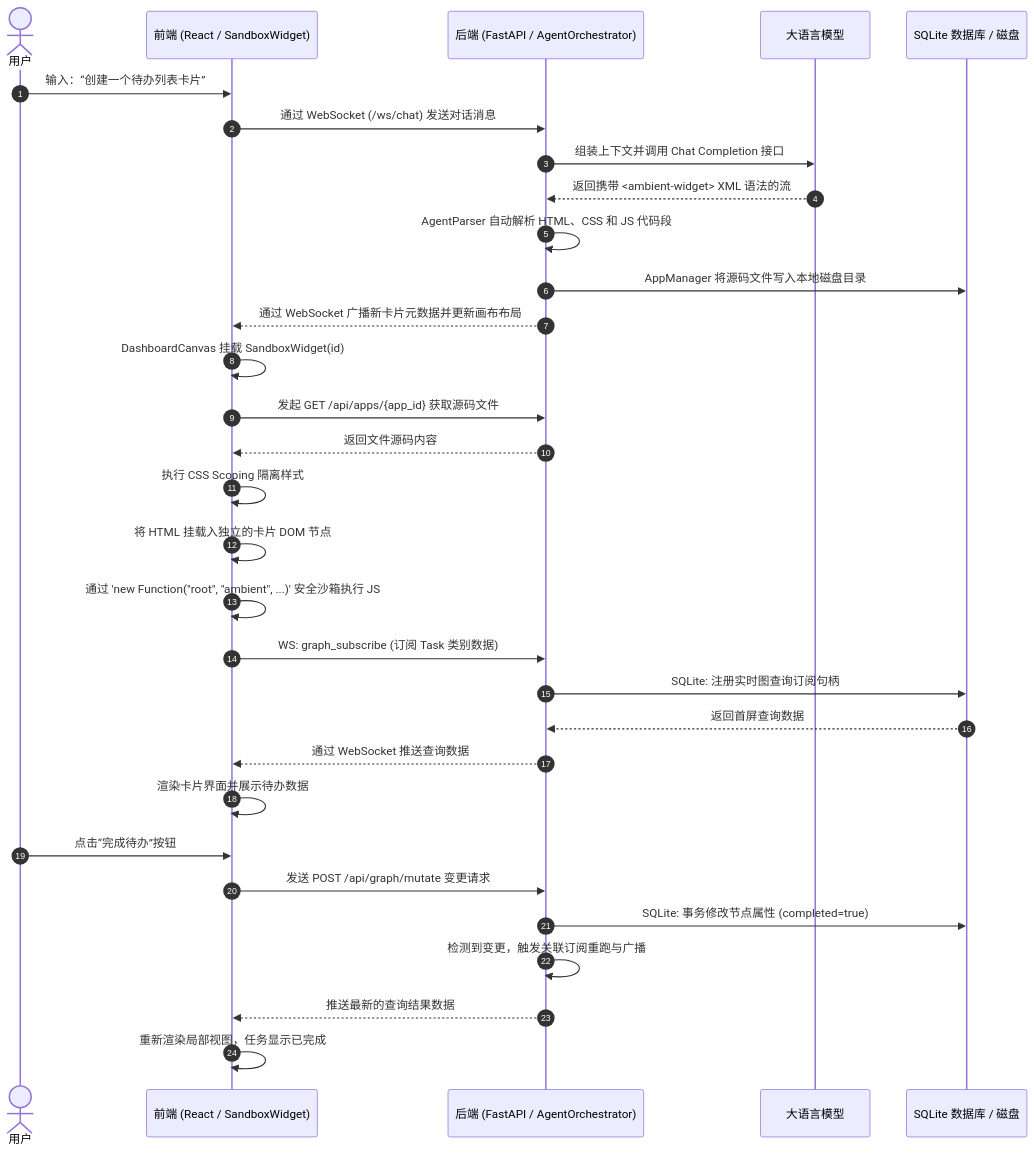
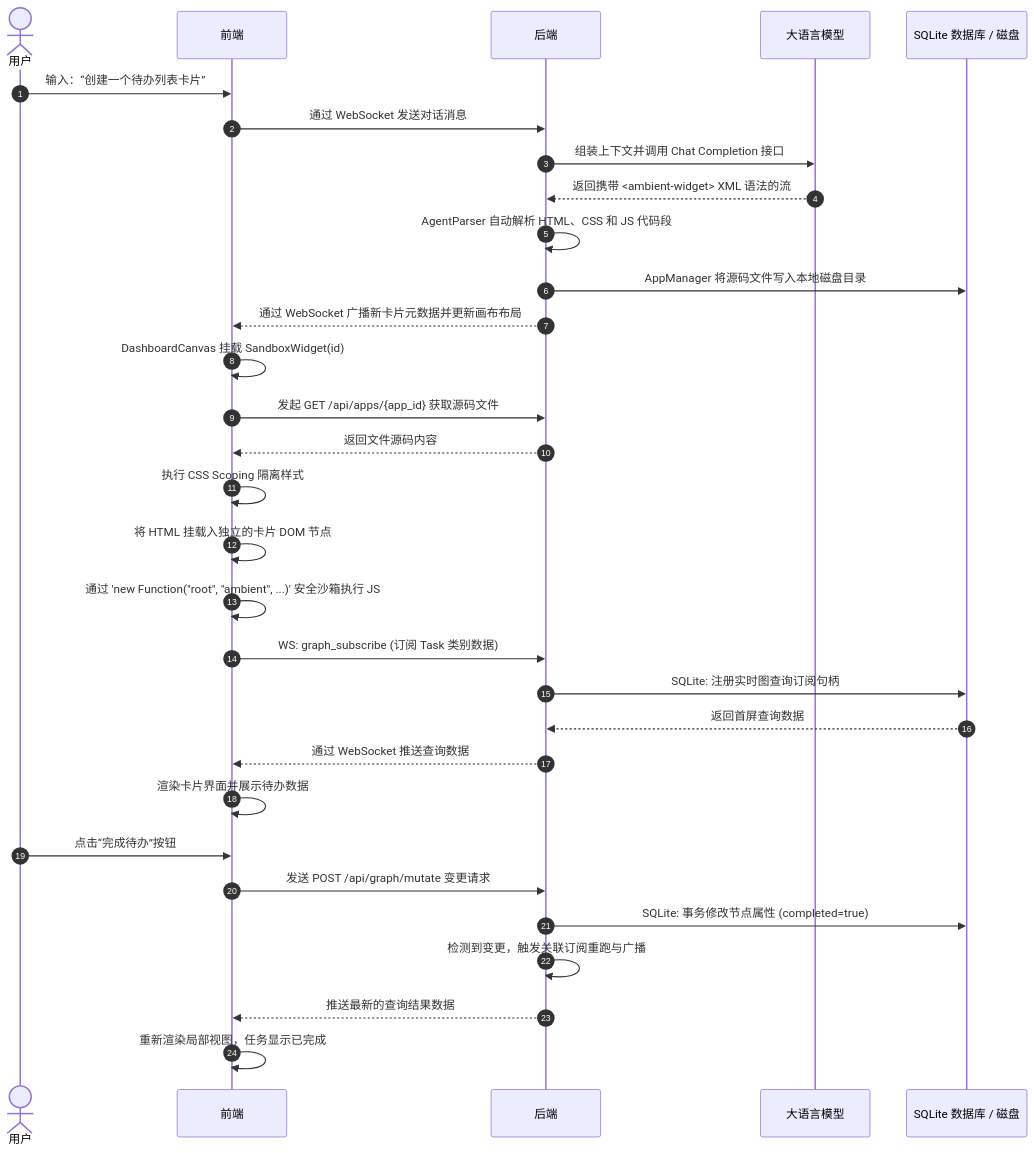
Before and after one commit to BillShiyaoZhang/ambient-agent: the fifth of 5 diagrams in docs/architecture/overview.md, drawn with Mermaid. The commit also changed other lines of this file and 10 other files, not shown here.

````diff
--- a/docs/architecture/overview.md
+++ b/docs/architecture/overview.md
@@ -85,41 +84,41 @@
 ```mermaid
 sequenceDiagram
     autonumber
     actor User as 用户
-    participant FE as 前端 (React / SandboxWidget)
-    participant BE as 后端 (FastAPI / AgentOrchestrator)
+    participant FE as 前端
+    participant BE as 后端
     participant LLM as 大语言模型
     participant DB as SQLite 数据库 / 磁盘
 
     %% 阶段 1：卡片生成
     User->>FE: 输入：“创建一个待办列表卡片”
-    FE->>BE: 通过 WebSocket (/ws/chat) 发送对话消息
+    FE->>BE: 通过 WebSocket 发送对话消息
     BE->>LLM: 组装上下文并调用 Chat Completion 接口
     LLM-->>BE: 返回携带 <ambient-widget> XML 语法的流
     BE->>BE: AgentParser 自动解析 HTML、CSS 和 JS 代码段
     BE->>DB: AppManager 将源码文件写入本地磁盘目录
     BE-->>FE: 通过 WebSocket 广播新卡片元数据并更新画布布局
 
     %% 阶段 2：卡片挂载渲染
     FE->>FE: DashboardCanvas 挂载 SandboxWidget(id)
     FE->>BE: 发起 GET /api/apps/{app_id} 获取源码文件
     BE-->>FE: 返回文件源码内容
     FE->>FE: 执行 CSS Scoping 隔离样式
     FE->>FE: 将 HTML 挂载入独立的卡片 DOM 节点
     FE->>FE: 通过 'new Function("root", "ambient", ...)' 安全沙箱执行 JS
 
     %% 阶段 3：数据交互与查询订阅
     FE->>BE: WS: graph_subscribe (订阅 Task 类别数据)
     BE->>DB: SQLite: 注册实时图查询订阅句柄
     DB-->>BE: 返回首屏查询数据
     BE-->>FE: 通过 WebSocket 推送查询数据
     FE->>FE: 渲染卡片界面并展示待办数据
 
     %% 阶段 4：数据变更
     User->>FE: 点击“完成待办”按钮
     FE->>BE: 发送 POST /api/graph/mutate 变更请求
     BE->>DB: SQLite: 事务修改节点属性 (completed=true)
     BE->>BE: 检测到变更，触发关联订阅重跑与广播
     BE-->>FE: 推送最新的查询结果数据
     FE->>FE: 重新渲染局部视图，任务显示已完成
 ```
````
